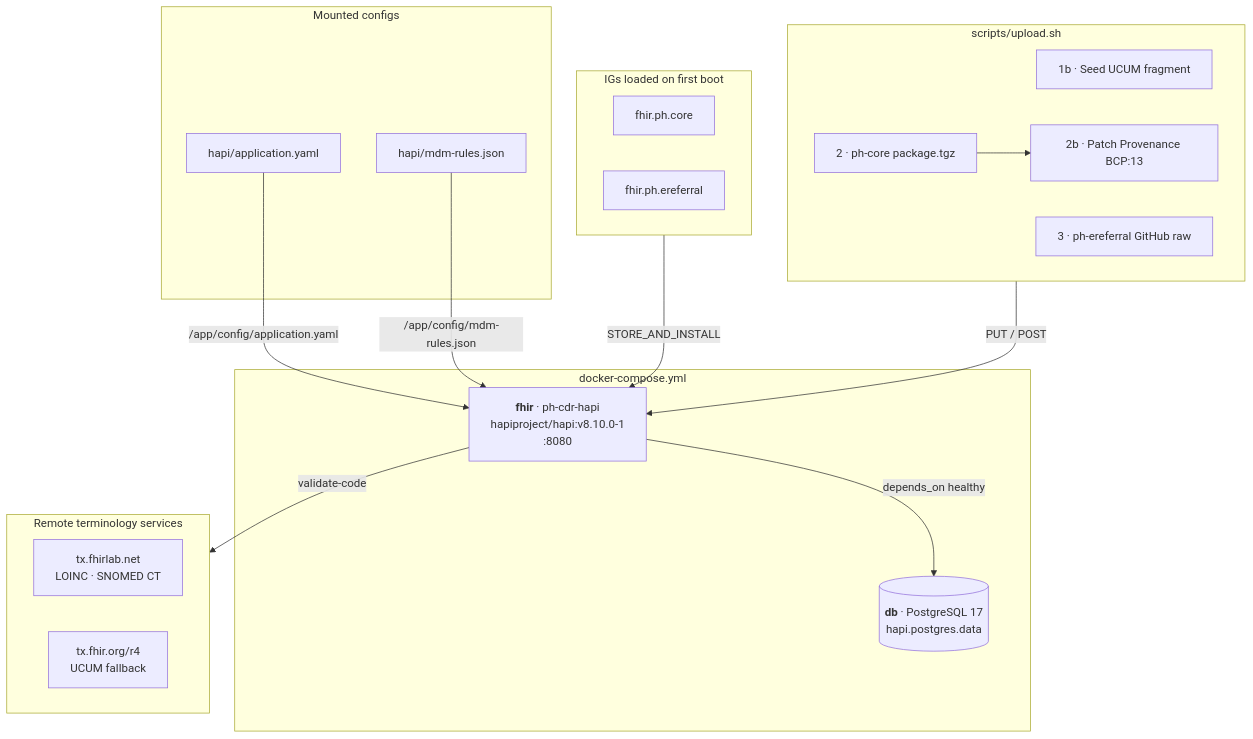
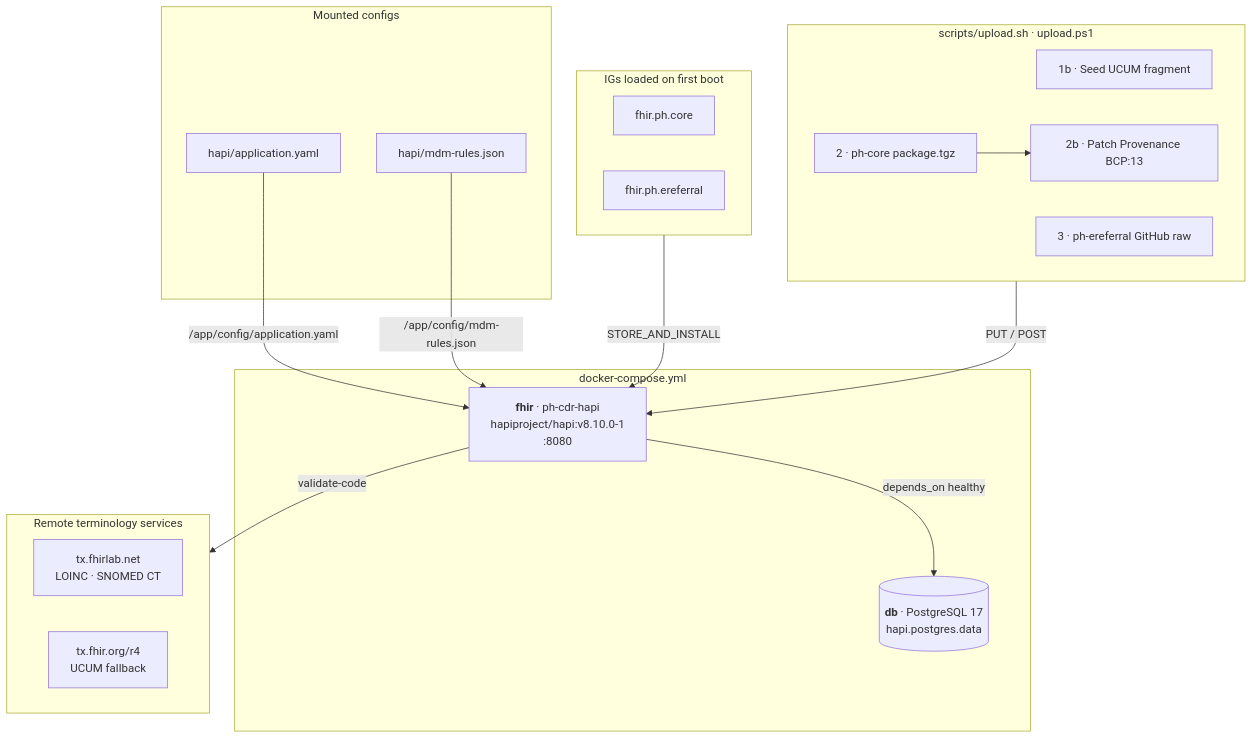
One commit to jgsuess/ph-cdr changed the diagram in README.md. Above: the diagram before and after it, drawn with Mermaid. The commit also changed other lines of this file and 9 other files, not shown here.

````diff
--- a/README.md
+++ b/README.md
@@ -34,36 +61,36 @@
 ```mermaid
 graph TB
     subgraph compose["docker-compose.yml"]
         fhir["<b>fhir</b> · ph-cdr-hapi<br/>hapiproject/hapi:v8.10.0-1<br/>:8080"]
         db[("<b>db</b> · PostgreSQL 17<br/>hapi.postgres.data")]
         fhir -->|"depends_on healthy"| db
     end
 
     subgraph configs["Mounted configs"]
         appyaml["hapi/application.yaml"]
         mdmjson["hapi/mdm-rules.json"]
     end
     appyaml -->|"/app/config/application.yaml"| fhir
     mdmjson -->|"/app/config/mdm-rules.json"| fhir
 
     subgraph igs["IGs loaded on first boot"]
         phcore["fhir.ph.core"]
         pheref["fhir.ph.ereferral"]
     end
     igs -->|"STORE_AND_INSTALL"| fhir
 
-    subgraph upload["scripts/upload.sh"]
+    subgraph upload["scripts/upload.sh · upload.ps1"]
         ucum["1b · Seed UCUM fragment"]
         pkgtgz["2 · ph-core package.tgz"]
         ghraw["3 · ph-ereferral GitHub raw"]
         patch["2b · Patch Provenance BCP:13"]
         pkgtgz --> patch
     end
     upload -->|"PUT / POST"| fhir
 
     subgraph terminology["Remote terminology services"]
         fhirlab["tx.fhirlab.net<br/>LOINC · SNOMED CT"]
         hl7tx["tx.fhir.org/r4<br/>UCUM fallback"]
     end
     fhir -->|"validate-code"| terminology
 ```
````
